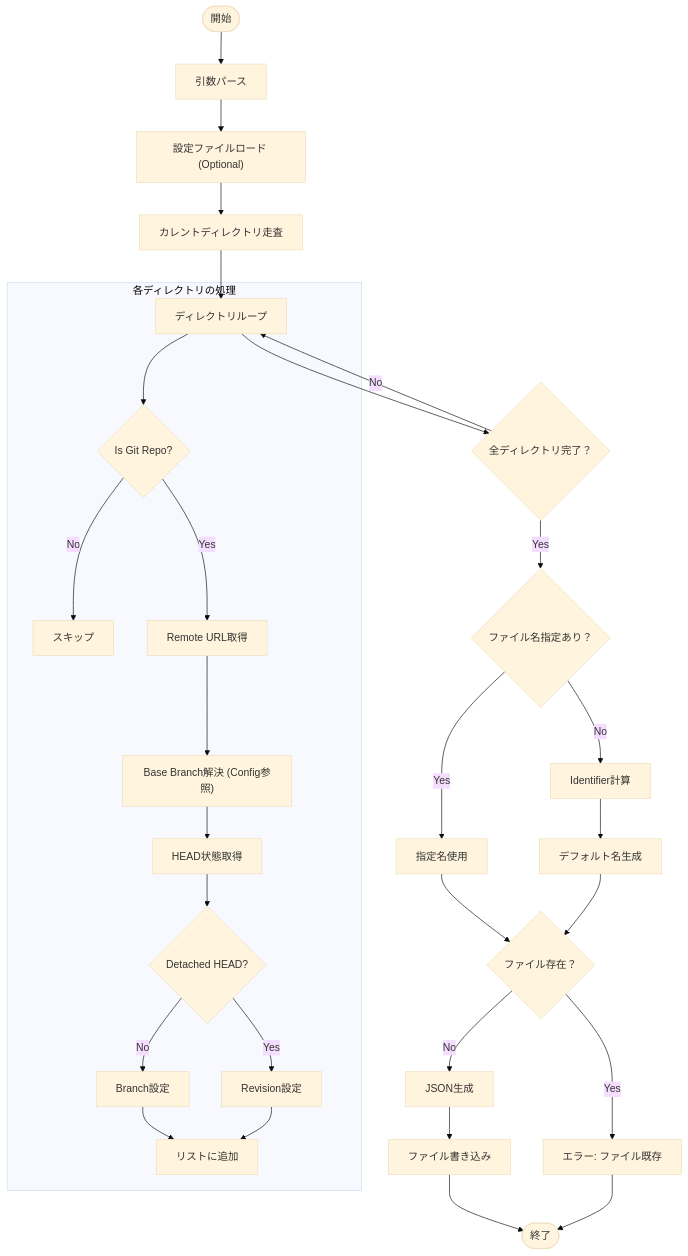
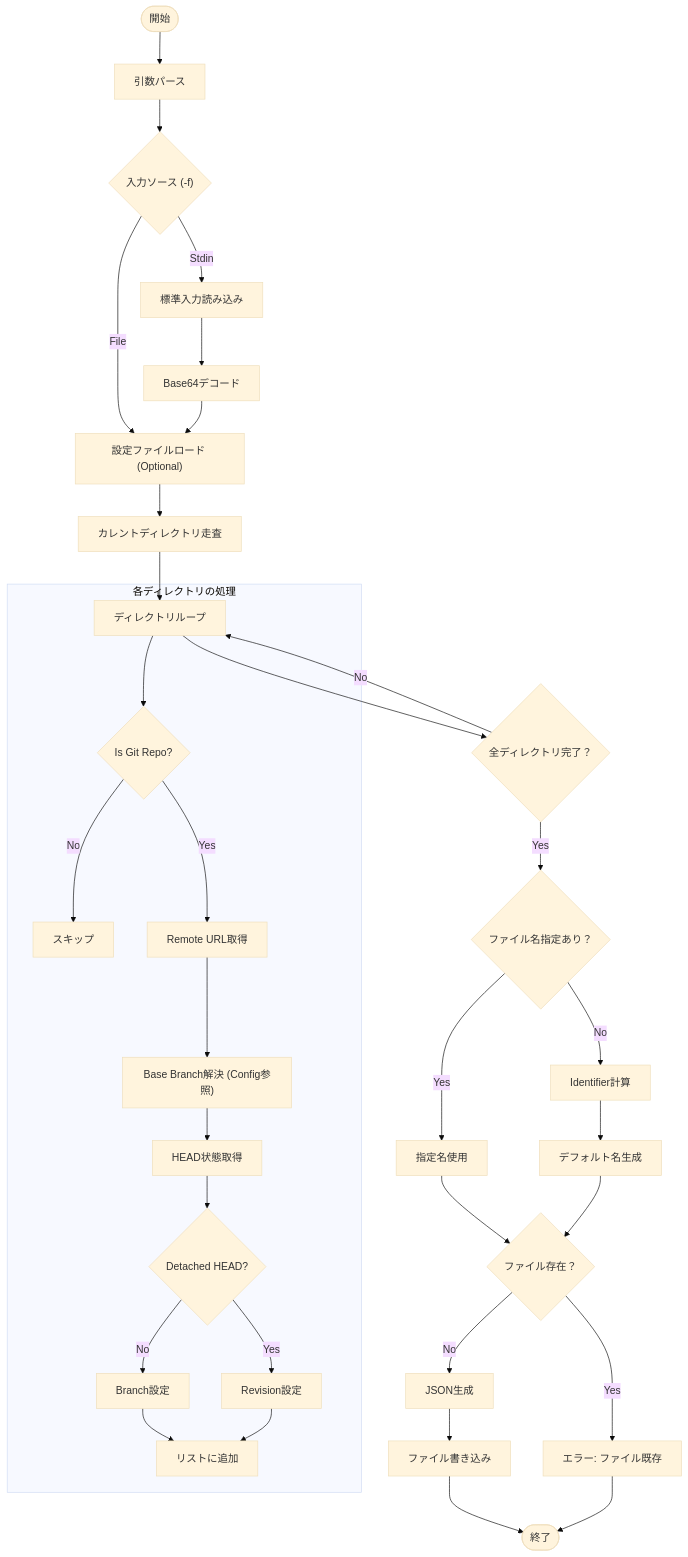
Before and after one commit to keiji/mistletoe: the diagram in docs/internal/app/snapshot.md, drawn with Mermaid (base theme). The commit also changed other lines of this file and 7 other files, not shown here.

First line of the commit message:
Update design docs to reflect Base64 decoding for stdin

````diff
--- a/docs/internal/app/snapshot.md
+++ b/docs/internal/app/snapshot.md
@@ -47,40 +47,44 @@
 ```mermaid
 flowchart TD
     Start(["開始"]) --> ParseArgs["引数パース"]
-    ParseArgs --> LoadConfig["設定ファイルロード (Optional)"]
+    ParseArgs --> CheckInput{"入力ソース (-f)"}
+    CheckInput -- "File" --> LoadConfig["設定ファイルロード (Optional)"]
+    CheckInput -- "Stdin" --> ReadStdin["標準入力読み込み"]
+    ReadStdin --> Decode["Base64デコード"]
+    Decode --> LoadConfig
     LoadConfig --> ScanDir["カレントディレクトリ走査"]
 
     ScanDir --> Loop["ディレクトリループ"]
 
     subgraph "各ディレクトリの処理"
         Loop --> CheckGit{Is Git Repo?}
         CheckGit -- No --> Skip["スキップ"]
         CheckGit -- Yes --> GetURL["Remote URL取得"]
         GetURL --> ResolveBase["Base Branch解決 (Config参照)"]
         ResolveBase --> GetHEAD["HEAD状態取得"]
 
         GetHEAD --> CheckDetached{Detached HEAD?}
         CheckDetached -- No --> SetBranch["Branch設定"]
         CheckDetached -- Yes --> SetRev["Revision設定"]
 
         SetBranch --> AppendList["リストに追加"]
         SetRev --> AppendList
     end
 
     Loop --> CheckEnd{"全ディレクトリ完了？"}
     CheckEnd -- No --> Loop
     CheckEnd -- Yes --> DecideName{"ファイル名指定あり？"}
     DecideName -- Yes --> UseName["指定名使用"]
     DecideName -- No --> CalcID["Identifier計算"]
     CalcID --> DefaultName["デフォルト名生成"]
 
     UseName --> CheckExist{"ファイル存在？"}
     DefaultName --> CheckExist
 
     CheckExist -- Yes --> ErrorExist["エラー: ファイル既存"]
     CheckExist -- No --> Marshal["JSON生成"]
     Marshal --> WriteFile["ファイル書き込み"]
     WriteFile --> End(["終了"])
 
     ErrorExist --> End
 ```
````
